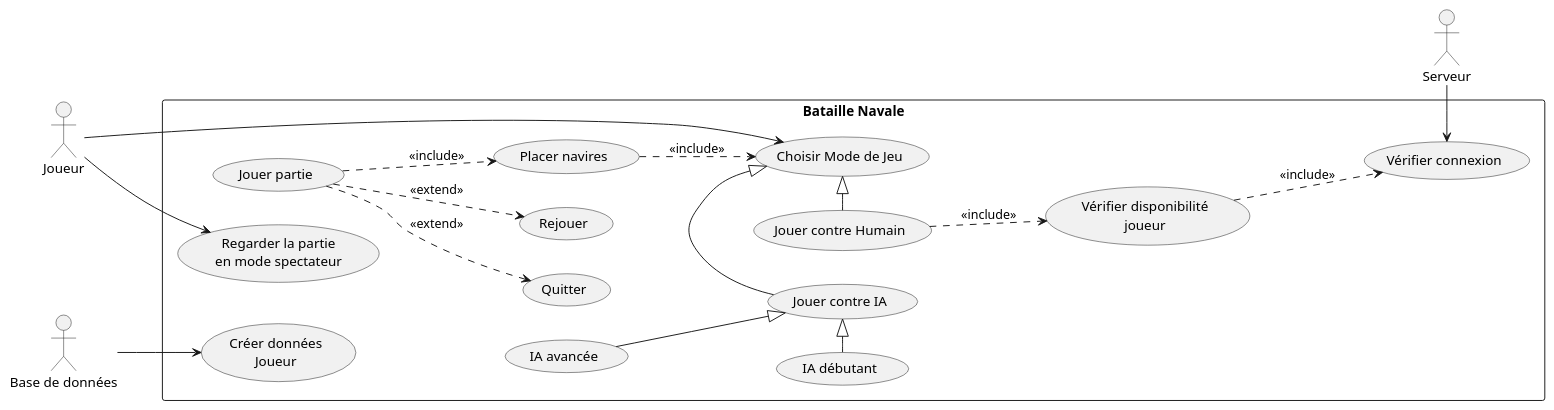
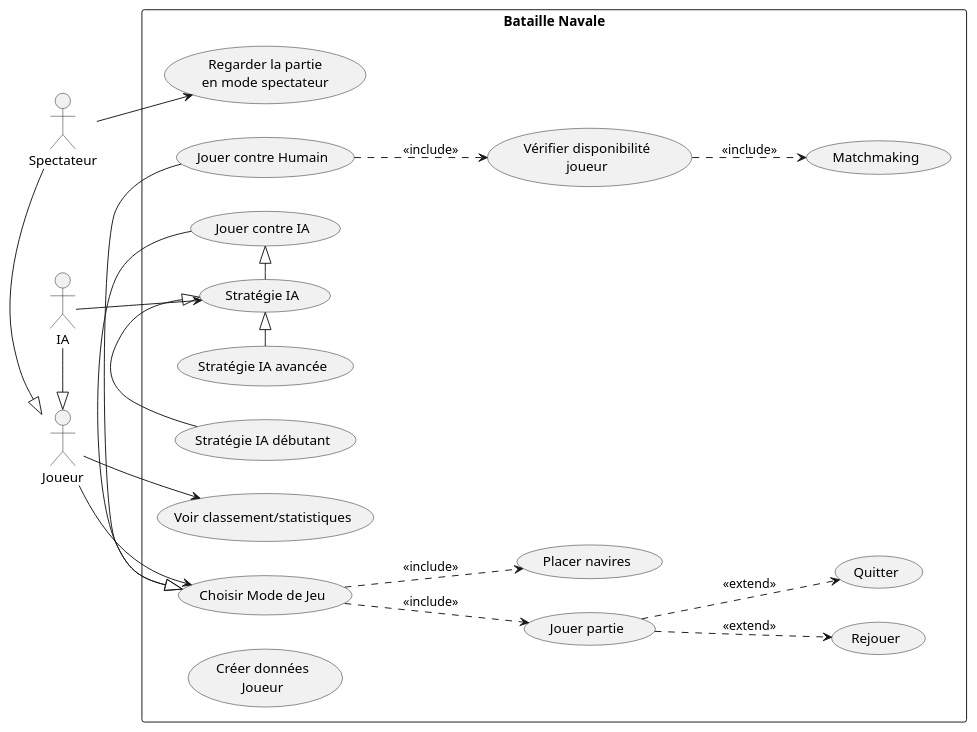
The diagram in _models/usecase_diagram.puml (Al5uke/equipe9-inf5153-bataille-navale), drawn with PlantUML before and after one commit.

Commit message:
Mise à jour du diagramme de cas d'utilisation pour clarifier les interactions entre les acteurs et les cas d'utilisation, en ajoutant des stratégies IA et en réorganisant les sections.

```diff
--- a/_models/usecase_diagram.puml
+++ b/_models/usecase_diagram.puml
@@ -1,48 +1,67 @@
 @startuml
 left to right direction
 
 actor Joueur
-actor "Base de données" as BD
-actor Serveur
+actor Spectateur
+actor IA
+
+Spectateur -|> Joueur
+IA -|> Joueur
 
 rectangle "Bataille Navale" {
 
+  ' --- Colonne Mode de jeu ---
   usecase "Choisir Mode de Jeu" as UC_Mode
   usecase "Jouer contre IA" as UC_IA
+  usecase "Stratégie IA" as UC_Strategie
+  usecase "Stratégie IA débutant" as UC_IA_Debutant
+  usecase "Stratégie IA avancée" as UC_IA_Avancee
   usecase "Jouer contre Humain" as UC_Humain
-  usecase "IA débutant" as UC_IA_Debut
-  usecase "IA avancée" as UC_IA_Avancee
 
+  ' --- Colonne Actions Joueur ---
   usecase "Placer navires" as UC_Placer
   usecase "Jouer partie" as UC_Jouer
   usecase "Quitter" as UC_Quitter
   usecase "Rejouer" as UC_Rejouer
-  usecase "Créer données\nJoueur" as UC_CreerDonnees
-  usecase "Vérifier connexion" as UC_VerifConn
+  usecase "Voir classement/statistiques" as UC_ShowStats
+
+  ' --- Colonne Multijoueur ---
   usecase "Vérifier disponibilité\njoueur" as UC_VerifDispo
+  usecase "Matchmaking" as UC_MatchMaking
+
+  ' --- Colonne Spectateur ---
   usecase "Regarder la partie\nen mode spectateur" as UC_Spectateur
 
-  ' Acteur principal
+  ' --- Colonne Données ---
+  usecase "Créer données\nJoueur" as UC_CreerDonnees
+
+
+  ' --- Liens acteurs ---
   Joueur --> UC_Mode
-  Joueur --> UC_Spectateur
+  Joueur --> UC_ShowStats
+  Spectateur --> UC_Spectateur
+  IA --> UC_Strategie
 
-  ' Généralisation des modes de jeu
+
+  ' --- Généralisation modes ---
   UC_IA -|> UC_Mode
   UC_Humain -|> UC_Mode
-  UC_IA_Debut -|> UC_IA
-  UC_IA_Avancee --|> UC_IA
 
-  ' Includes / extends
-  UC_Jouer ..> UC_Placer : <<include>>
-  UC_Placer ..> UC_Mode : <<include>>
+  ' --- Généralisation IA ---
+  UC_Strategie -|> UC_IA
+  UC_IA_Debutant -|> UC_Strategie
+  UC_IA_Avancee -|> UC_Strategie
+
+
+  ' --- Includes / Extends (mis verticalement pour éviter croisements) ---
+  UC_Mode ..> UC_Placer : <<include>>
+  UC_Mode ..> UC_Jouer : <<include>>
+
   UC_Jouer ..> UC_Quitter : <<extend>>
   UC_Jouer ..> UC_Rejouer : <<extend>>
 
-  UC_Humain ..> UC_VerifDispo      : <<include>>
-  UC_VerifDispo ..> UC_VerifConn   : <<include>>
+  UC_Humain ..> UC_VerifDispo : <<include>>
+  UC_VerifDispo ..> UC_MatchMaking : <<include>>
 
-  ' Acteurs secondaires (à droite du système)
-  BD --> UC_CreerDonnees
-  Serveur -> UC_VerifConn
 }
 @enduml
```
